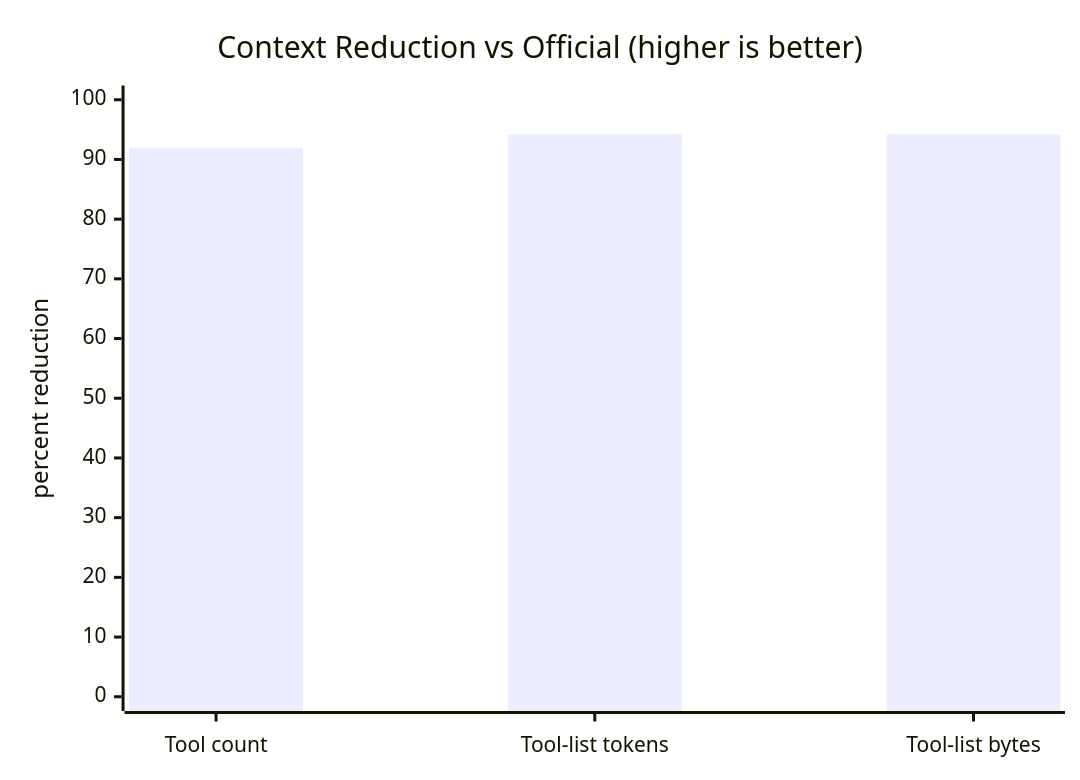
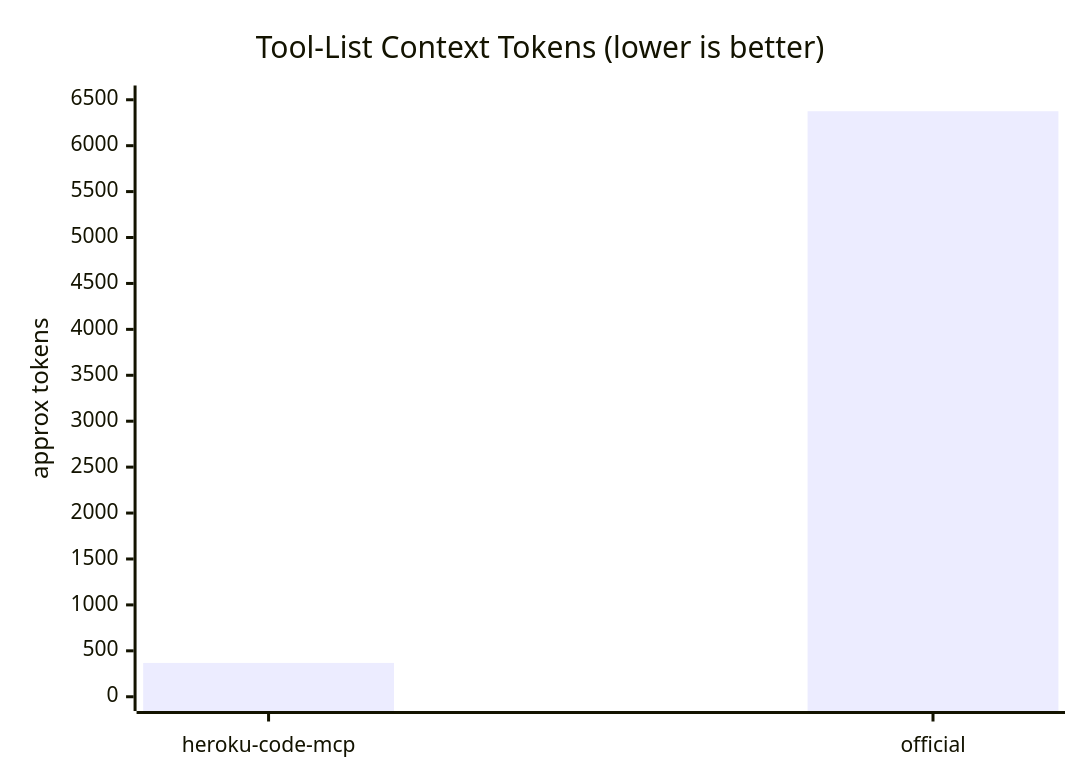
Before and after one commit to dsouzaAnush/heroku-code-mcp: the second of 5 diagrams in README.md, drawn with Mermaid. The commit also changed other lines of this file and 1 other file, not shown here.

Commit message:
Improve benchmark graph readability and use official naming

````diff
--- a/README.md
+++ b/README.md
@@ -67,7 +77,7 @@
 ```mermaid
 xychart-beta
-    title "Context Reduction vs Official (higher is better)"
-    x-axis ["Tool count", "Tool-list tokens", "Tool-list bytes"]
-    y-axis "percent reduction" 0 --> 100
-    bar [91.9, 94.2, 94.2]
+    title "Tool-List Context Tokens (lower is better)"
+    x-axis ["heroku-code-mcp", "official"]
+    y-axis "approx tokens" 0 --> 6500
+    bar [368, 6375]
 ```
````
